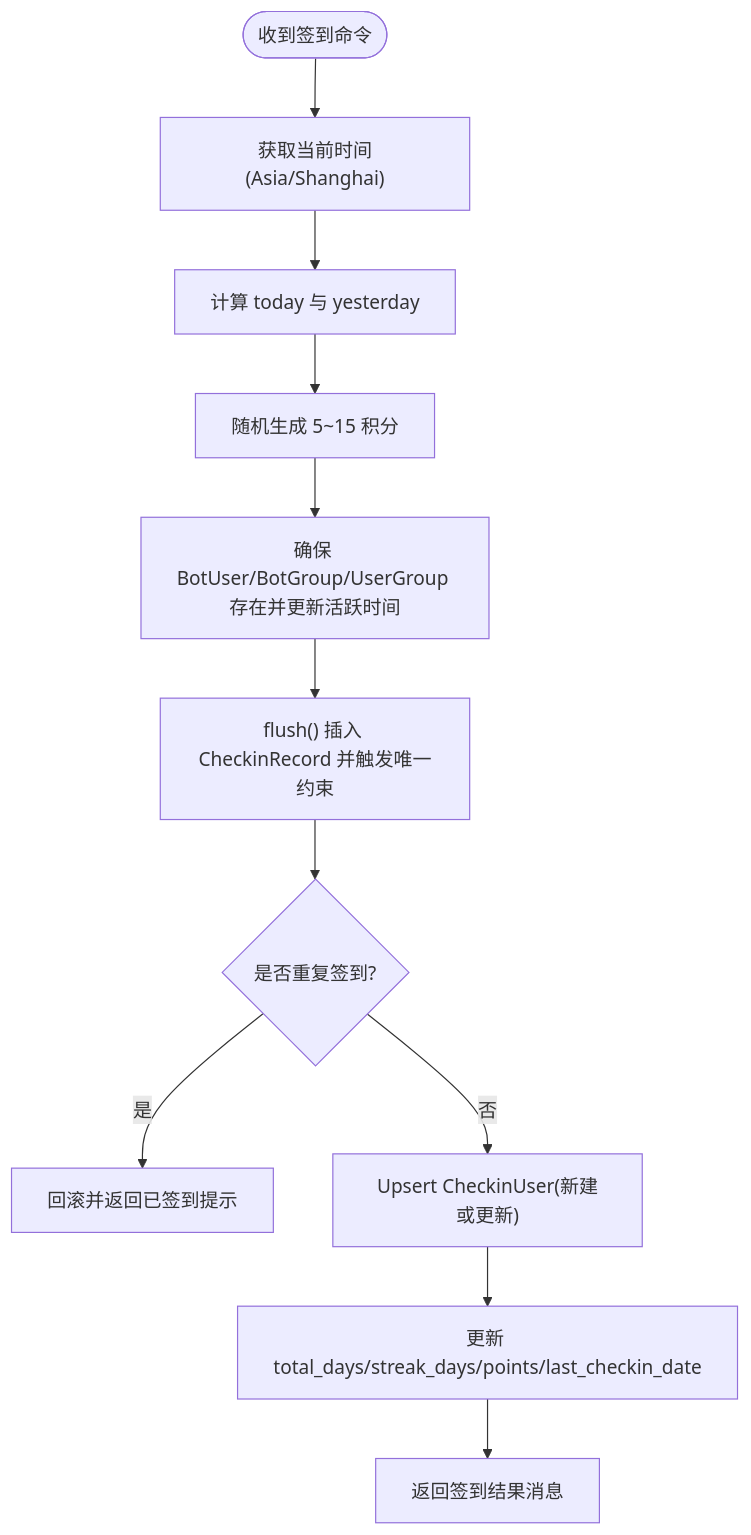
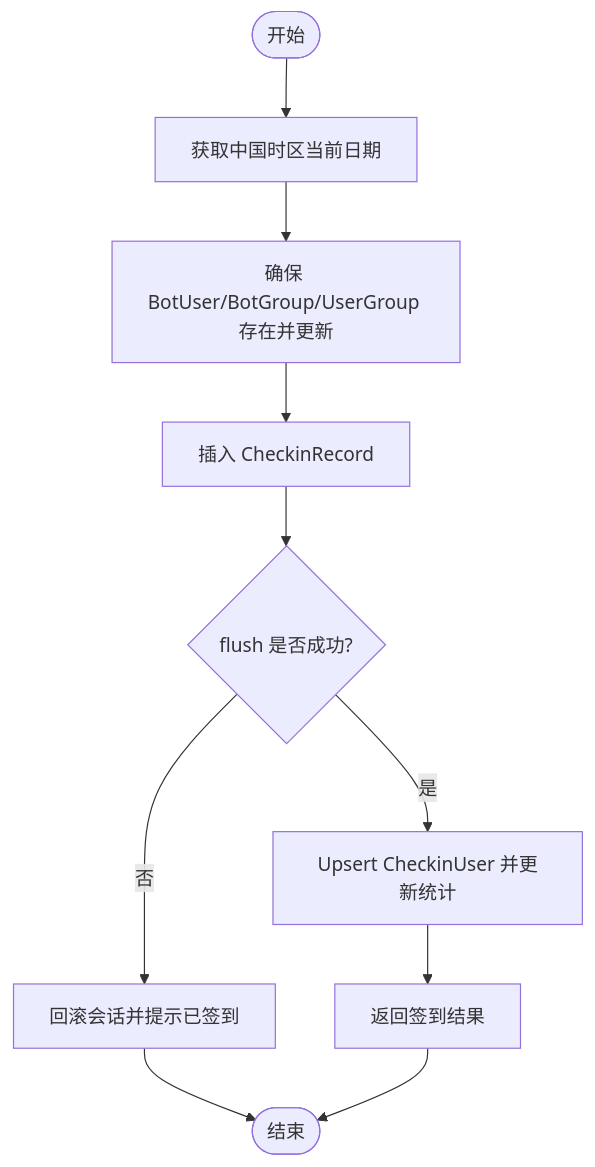
The third of 7 diagrams in .qoder/repowiki/zh/content/核心功能模块/核心功能模块.md (Wohaokunr/yawn_bot), drawn with Mermaid before and after one commit. The commit also changed other lines of this file and 60 other files, not shown here.

````diff
--- a/.qoder/repowiki/zh/content/核心功能模块/核心功能模块.md
+++ b/.qoder/repowiki/zh/content/核心功能模块/核心功能模块.md
@@ -157,13 +138,12 @@
 ```mermaid
 flowchart TD
-Start(["收到签到命令"]) --> GetNow["获取当前时间(Asia/Shanghai)"]
-GetNow --> CalcToday["计算 today 与 yesterday"]
-CalcToday --> GenReward["随机生成 5~15 积分"]
-GenReward --> EnsureEntities["确保 BotUser/BotGroup/UserGroup 存在并更新活跃时间"]
-EnsureEntities --> FlushOnce["flush() 插入 CheckinRecord 并触发唯一约束"]
-FlushOnce --> CheckDup{"是否重复签到?"}
-CheckDup --> |是| Rollback["回滚并返回已签到提示"]
-CheckDup --> |否| UpsertCheckinUser["Upsert CheckinUser(新建或更新)"]
-UpsertCheckinUser --> UpdateStats["更新 total_days/streak_days/points/last_checkin_date"]
-UpdateStats --> Finish["返回签到结果消息"]
+Start(["开始"]) --> GetTime["获取中国时区当前日期"]
+GetTime --> EnsureEntities["确保 BotUser/BotGroup/UserGroup 存在并更新"]
+EnsureEntities --> InsertRecord["插入 CheckinRecord"]
+InsertRecord --> TryFlush{"flush 是否成功?"}
+TryFlush --> |否| Rollback["回滚会话并提示已签到"]
+TryFlush --> |是| UpsertCheckinUser["Upsert CheckinUser 并更新统计"]
+UpsertCheckinUser --> Finish["返回签到结果"]
+Rollback --> End(["结束"])
+Finish --> End
 ```
````
